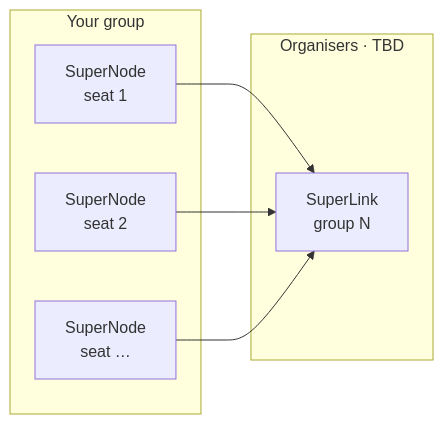
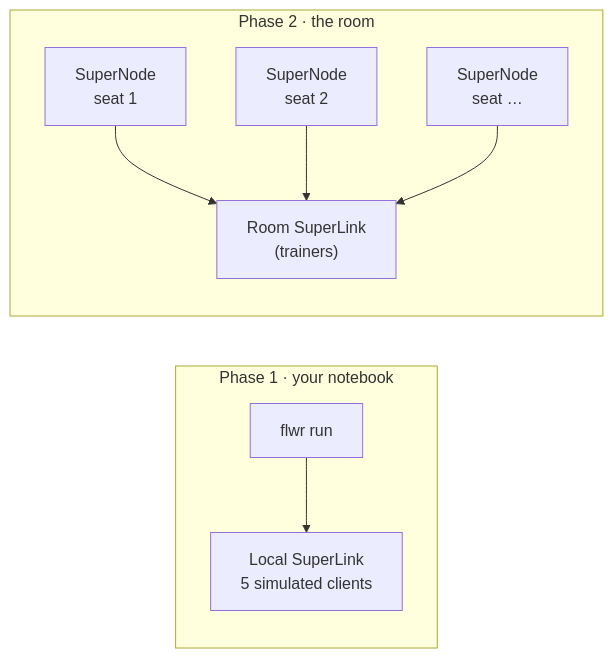
The diagram in docs/hands-on/index.md (emile-salaun/cines.ai-federated-learning), drawn with Mermaid before and after one commit. The commit also changed other lines of this file and 22 other files, not shown here.

````diff
--- a/docs/hands-on/index.md
+++ b/docs/hands-on/index.md
@@ -41,14 +36,12 @@
 ```mermaid
 flowchart LR
-    subgraph ORG["Organisers · TBD"]
-        SL["SuperLink<br/>group N"]
+    subgraph P1["Phase 1 · your notebook"]
+        R1["flwr run"] --> L1["Local SuperLink<br/>5 simulated clients"]
     end
-    subgraph GRP["Your group"]
-        N1["SuperNode<br/>seat 1"]
-        N2["SuperNode<br/>seat 2"]
-        N3["SuperNode<br/>seat …"]
+    subgraph P2["Phase 2 · the room"]
+        SL["Room SuperLink<br/>(trainers)"]
+        N1["SuperNode<br/>seat 1"] --> SL
+        N2["SuperNode<br/>seat 2"] --> SL
+        N3["SuperNode<br/>seat …"] --> SL
     end
-    N1 --> SL
-    N2 --> SL
-    N3 --> SL
 ```
````
